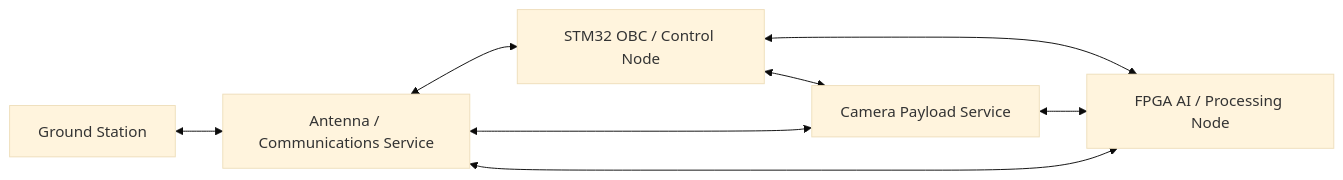
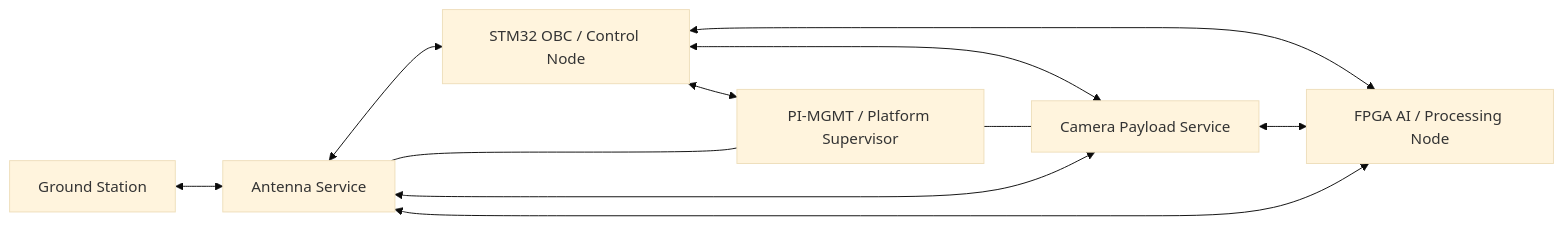
The first of 4 diagrams in docs/architecture.md (ExoSpaceLabs/exn), drawn with Mermaid (base theme) before and after one commit. The commit also changed other lines of this file and 49 other files, not shown here.

````diff
--- a/docs/architecture.md
+++ b/docs/architecture.md
@@ -23,16 +45,20 @@
 ```mermaid
 graph LR
   GS[Ground Station]
   OBC[STM32 OBC / Control Node]
   CAM[Camera Payload Service]
-  ANT[Antenna / Communications Service]
+  ANT[Antenna Service]
+  PM[PI-MGMT / Platform Supervisor]
   FPGA[FPGA AI / Processing Node]
 
   GS <--> ANT
   ANT <--> OBC
   OBC <--> CAM
+  OBC <--> PM
   OBC <--> FPGA
+  PM --- CAM
+  PM --- ANT
   CAM <--> FPGA
   CAM <--> ANT
   FPGA <--> ANT
 ```
````
